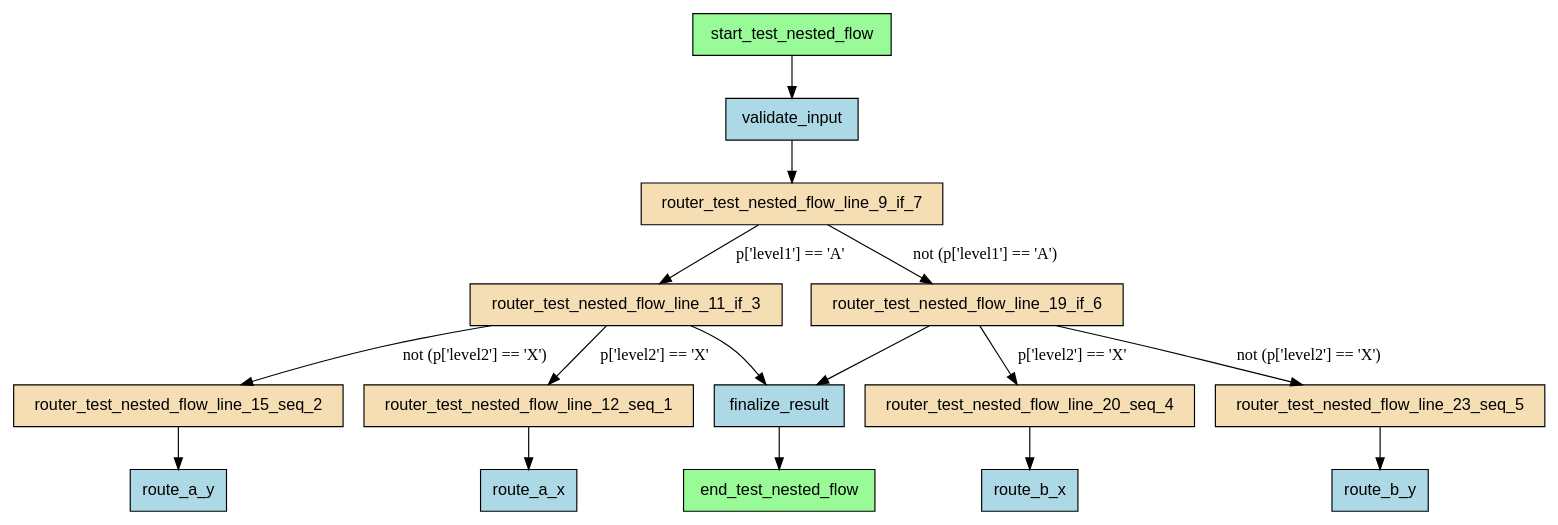
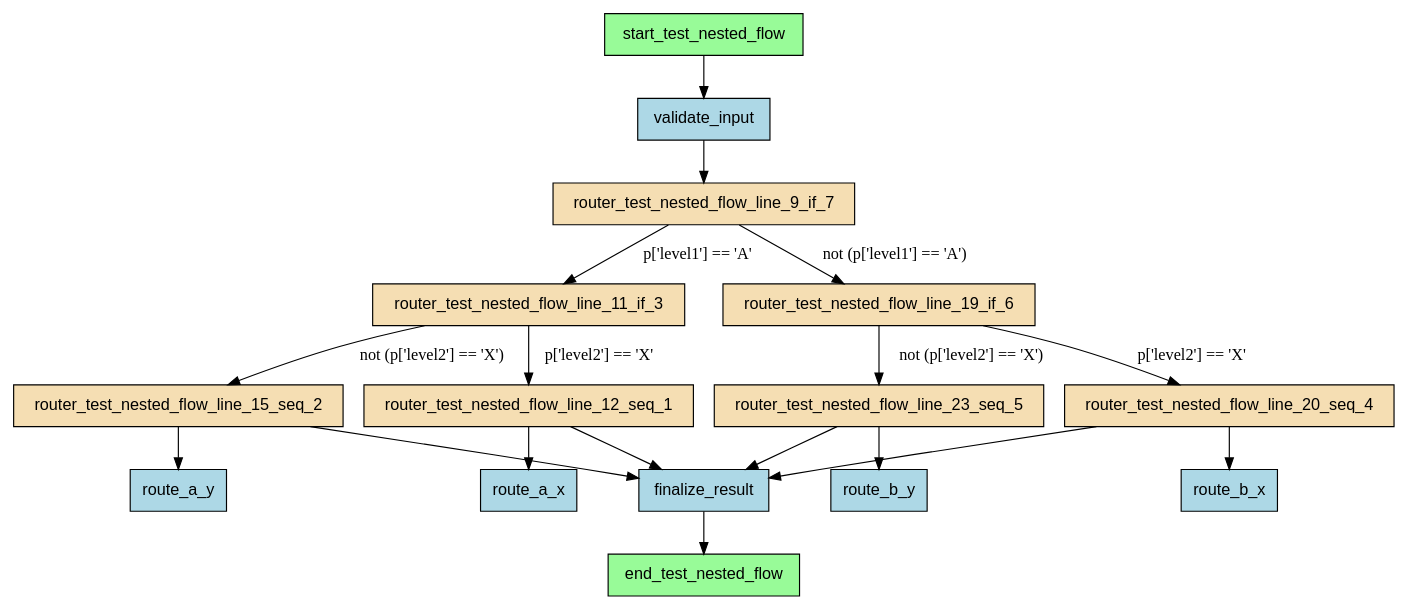
The diagram in src/asya-testing/asya_testing/flows/nested_if/compiled/flow.dot (deliveryhero/asya), drawn with Graphviz before and after one commit. The commit also changed 136 other files, not shown here.

```diff
--- a/src/asya-testing/asya_testing/flows/nested_if/compiled/flow.dot
+++ b/src/asya-testing/asya_testing/flows/nested_if/compiled/flow.dot
@@ -1,36 +1,38 @@
-digraph "test_nested_flow" {
+digraph "nested_if" {
     rankdir=TB;
     node [shape=box, style=filled, fontname="Helvetica"];
 
     end_test_nested_flow [label="end_test_nested_flow", fillcolor=palegreen];
     finalize_result [label="finalize_result", fillcolor=lightblue];
     route_a_x [label="route_a_x", fillcolor=lightblue];
     route_a_y [label="route_a_y", fillcolor=lightblue];
     route_b_x [label="route_b_x", fillcolor=lightblue];
     route_b_y [label="route_b_y", fillcolor=lightblue];
     router_test_nested_flow_line_11_if_3 [label="router_test_nested_flow_line_11_if_3", fillcolor=wheat];
     router_test_nested_flow_line_12_seq_1 [label="router_test_nested_flow_line_12_seq_1", fillcolor=wheat];
     router_test_nested_flow_line_15_seq_2 [label="router_test_nested_flow_line_15_seq_2", fillcolor=wheat];
     router_test_nested_flow_line_19_if_6 [label="router_test_nested_flow_line_19_if_6", fillcolor=wheat];
     router_test_nested_flow_line_20_seq_4 [label="router_test_nested_flow_line_20_seq_4", fillcolor=wheat];
     router_test_nested_flow_line_23_seq_5 [label="router_test_nested_flow_line_23_seq_5", fillcolor=wheat];
     router_test_nested_flow_line_9_if_7 [label="router_test_nested_flow_line_9_if_7", fillcolor=wheat];
     start_test_nested_flow [label="start_test_nested_flow", fillcolor=palegreen];
     validate_input [label="validate_input", fillcolor=lightblue];
 
     start_test_nested_flow -> validate_input;
     validate_input -> router_test_nested_flow_line_9_if_7;
     router_test_nested_flow_line_12_seq_1 -> route_a_x;
     router_test_nested_flow_line_15_seq_2 -> route_a_y;
     router_test_nested_flow_line_11_if_3 -> router_test_nested_flow_line_12_seq_1 [label="p['level2'] == 'X'"];
     router_test_nested_flow_line_11_if_3 -> router_test_nested_flow_line_15_seq_2 [label="not (p['level2'] == 'X')"];
     router_test_nested_flow_line_20_seq_4 -> route_b_x;
     router_test_nested_flow_line_23_seq_5 -> route_b_y;
     router_test_nested_flow_line_19_if_6 -> router_test_nested_flow_line_20_seq_4 [label="p['level2'] == 'X'"];
     router_test_nested_flow_line_19_if_6 -> router_test_nested_flow_line_23_seq_5 [label="not (p['level2'] == 'X')"];
     router_test_nested_flow_line_9_if_7 -> router_test_nested_flow_line_11_if_3 [label="p['level1'] == 'A'"];
-    router_test_nested_flow_line_11_if_3 -> finalize_result;
     router_test_nested_flow_line_9_if_7 -> router_test_nested_flow_line_19_if_6 [label="not (p['level1'] == 'A')"];
-    router_test_nested_flow_line_19_if_6 -> finalize_result;
+    router_test_nested_flow_line_12_seq_1 -> finalize_result;
+    router_test_nested_flow_line_15_seq_2 -> finalize_result;
+    router_test_nested_flow_line_20_seq_4 -> finalize_result;
+    router_test_nested_flow_line_23_seq_5 -> finalize_result;
     finalize_result -> end_test_nested_flow;
 }
```
